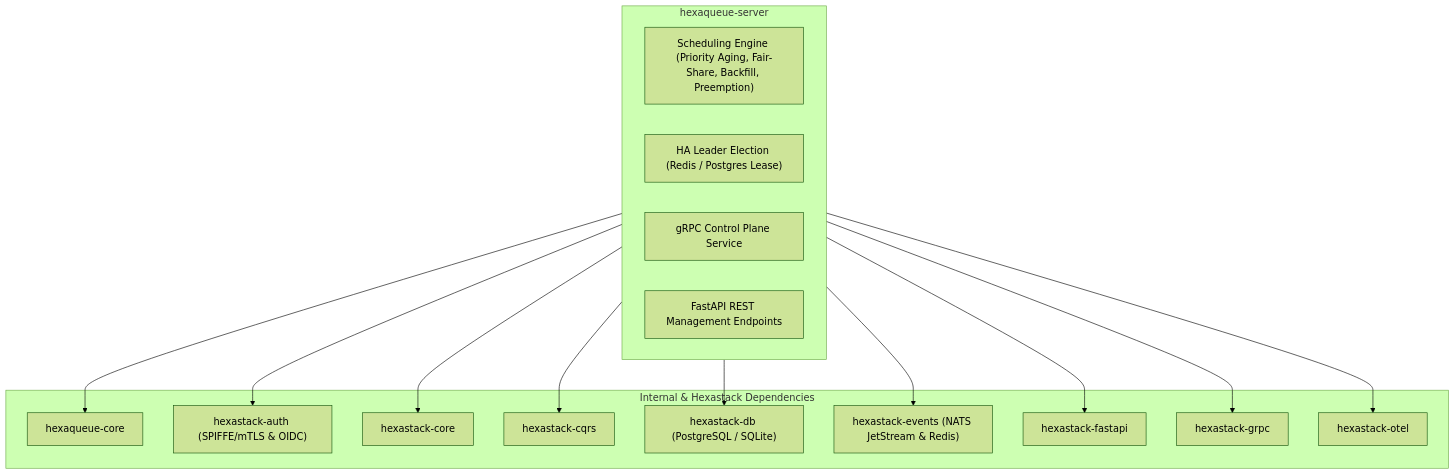
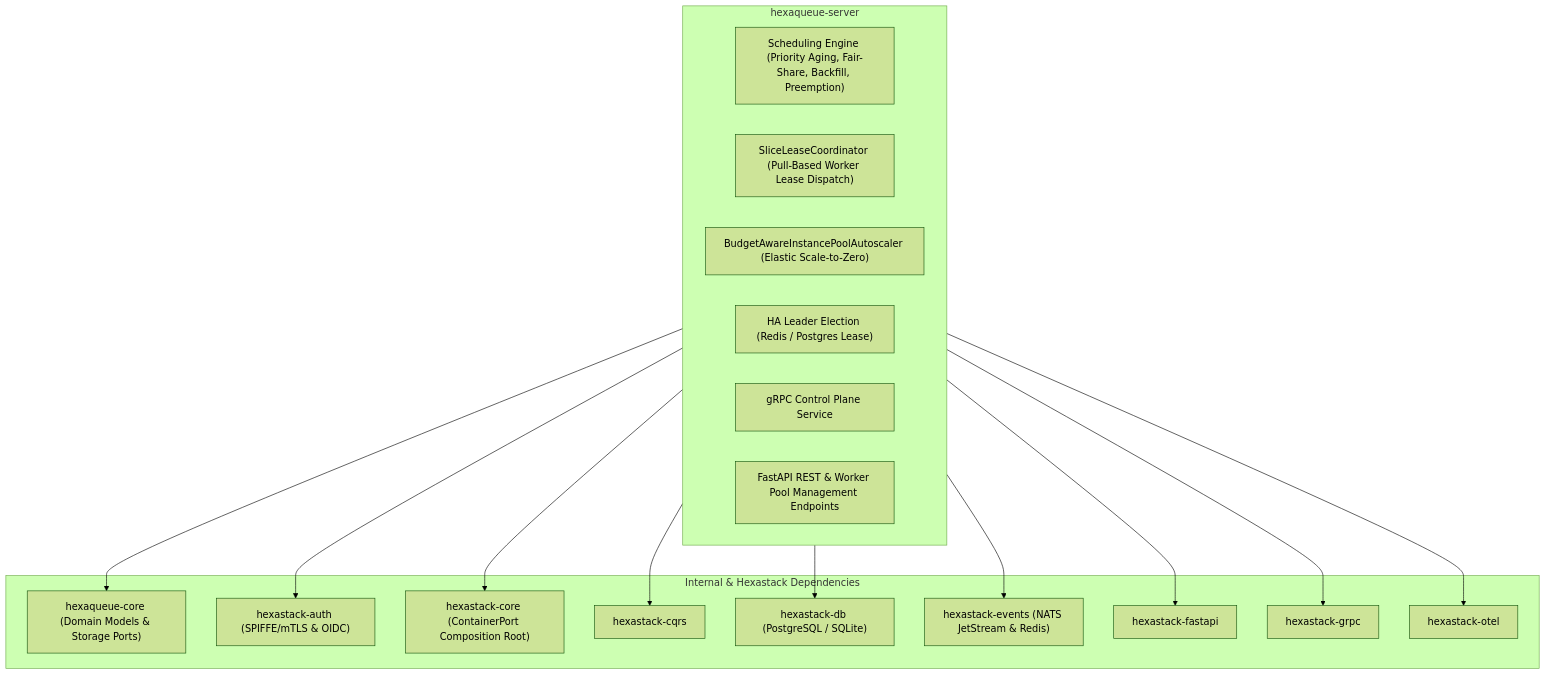
One commit to TheTrueSCU/hexaqueue changed the diagram in packages/hexaqueue_server/README.md. Above: the diagram before and after it, drawn with Mermaid (forest theme). The commit also changed other lines of this file and 10 other files, not shown here.

Commit message:
docs: update READMEs, CHANGELOG, and ephemeral cloud slicing topology diagram for ADR-008

````diff
--- a/packages/hexaqueue_server/README.md
+++ b/packages/hexaqueue_server/README.md
@@ -19,31 +19,33 @@
 ```mermaid
 graph TD
     subgraph S1["hexaqueue-server"]
         SCHED["Scheduling Engine (Priority Aging, Fair-Share, Backfill, Preemption)"]
+        LEASE["SliceLeaseCoordinator (Pull-Based Worker Lease Dispatch)"]
+        AUTOSCALE["BudgetAwareInstancePoolAutoscaler (Elastic Scale-to-Zero)"]
         HA["HA Leader Election (Redis / Postgres Lease)"]
         GRPC_API["gRPC Control Plane Service"]
-        REST_API["FastAPI REST Management Endpoints"]
+        REST_API["FastAPI REST & Worker Pool Management Endpoints"]
     end
 
     subgraph S2["Internal & Hexastack Dependencies"]
-        HQ_CORE["hexaqueue-core"]
+        HQ_CORE["hexaqueue-core (Domain Models & Storage Ports)"]
         HS_AUTH["hexastack-auth (SPIFFE/mTLS & OIDC)"]
-        HS_CORE["hexastack-core"]
+        HS_CORE["hexastack-core (ContainerPort Composition Root)"]
         HS_CQRS["hexastack-cqrs"]
         HS_DB["hexastack-db (PostgreSQL / SQLite)"]
         HS_EVENTS["hexastack-events (NATS JetStream & Redis)"]
         HS_FASTAPI["hexastack-fastapi"]
         HS_GRPC["hexastack-grpc"]
         HS_OTEL["hexastack-otel"]
     end
 
     S1 --> HQ_CORE
     S1 --> HS_AUTH
     S1 --> HS_CORE
     S1 --> HS_CQRS
     S1 --> HS_DB
     S1 --> HS_EVENTS
     S1 --> HS_FASTAPI
     S1 --> HS_GRPC
     S1 --> HS_OTEL
 ```
````
